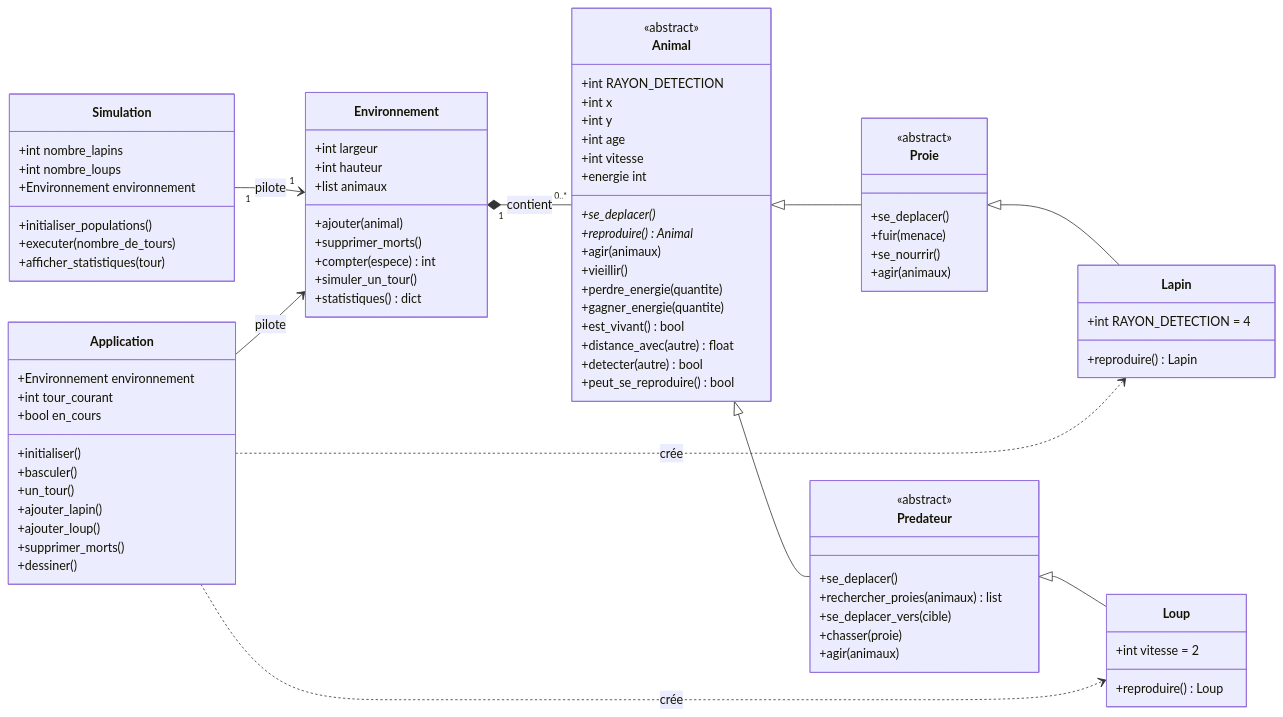
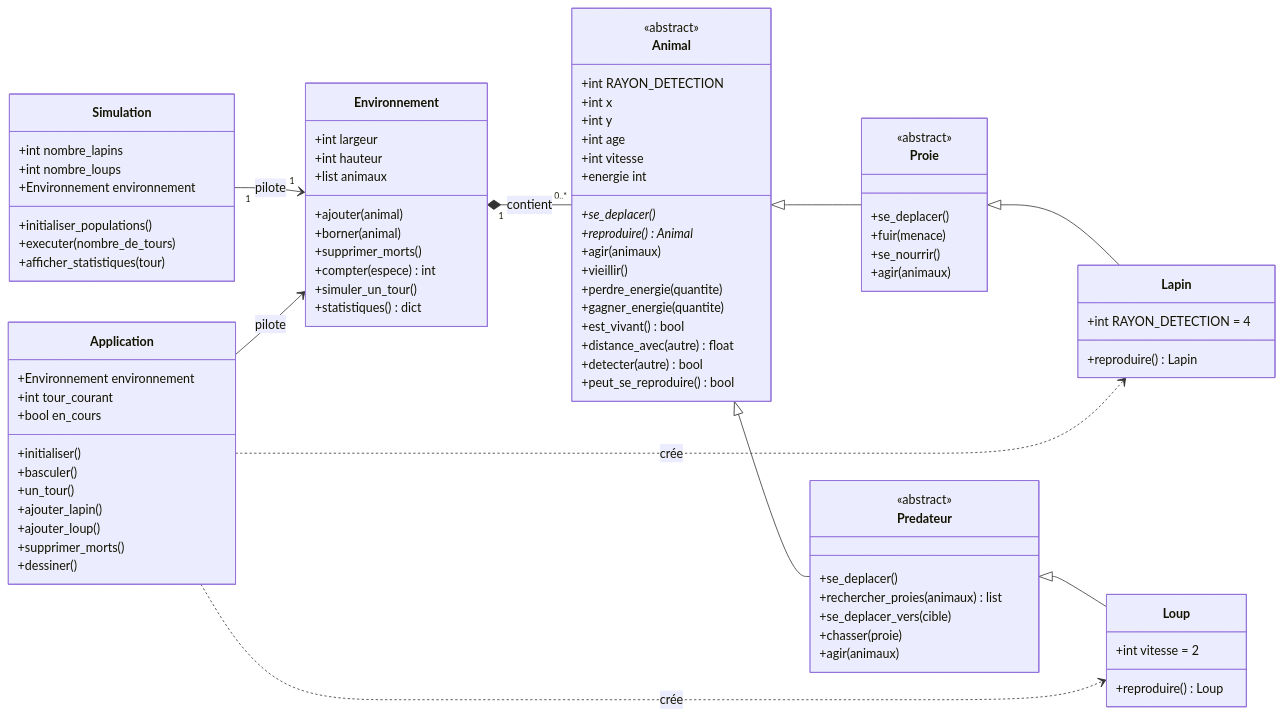
The third of 3 diagrams in traduction-rapport.md (hmty-CHEN/POO-TP1), drawn with Mermaid before and after one commit. The commit also changed 3 other files, not shown here.

```diff
--- a/traduction-rapport.md
+++ b/traduction-rapport.md
@@ -221,6 +221,7 @@
         +int hauteur
         +list animaux
         +ajouter(animal)
+        +borner(animal)
         +supprimer_morts()
         +compter(espece) int
         +simuler_un_tour()
```
